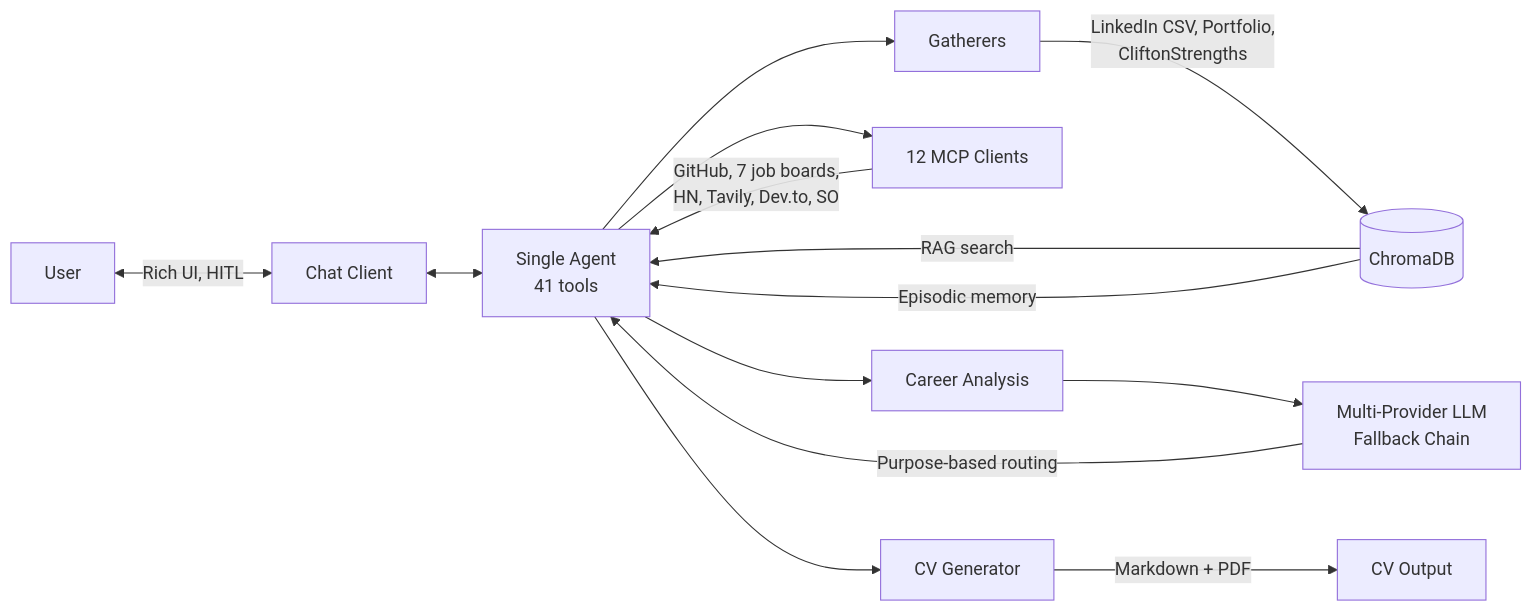
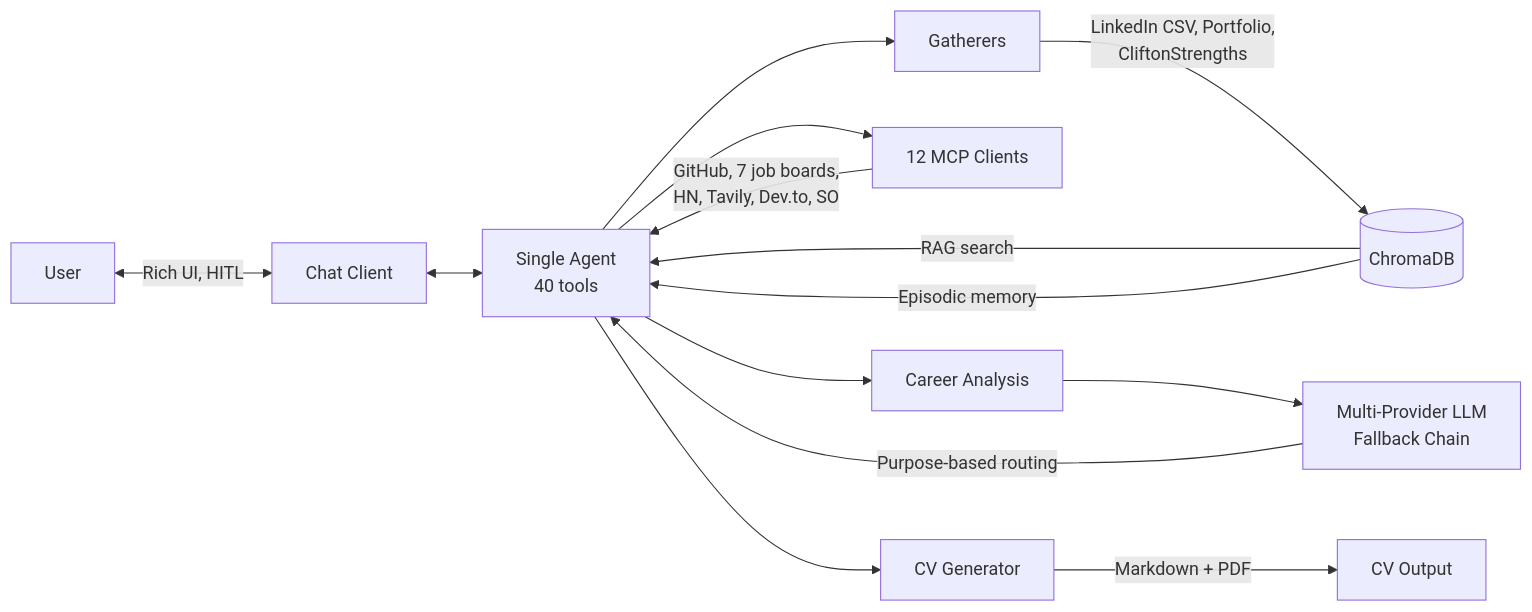
The diagram in README.md (juanmanueldaza/fu7ur3pr00f), drawn with Mermaid before and after one commit. The commit also changed other lines of this file and 4 other files, not shown here.

````diff
--- a/README.md
+++ b/README.md
@@ -28,19 +28,19 @@
 ```mermaid
 graph LR
     User <-->|Rich UI, HITL| Chat[Chat Client]
-    Chat <--> Agent[Single Agent<br/>41 tools]
+    Chat <--> Agent[Single Agent<br/>40 tools]
 
     Agent --> Gather[Gatherers]
     Agent --> MCP[12 MCP Clients]
     Agent --> Analysis[Career Analysis]
     Agent --> Gen[CV Generator]
 
     Gather -->|LinkedIn CSV, Portfolio,<br/>CliftonStrengths| ChromaDB[(ChromaDB)]
     MCP -->|GitHub, 7 job boards,<br/>HN, Tavily, Dev.to, SO| Agent
     Analysis --> LLM[Multi-Provider LLM<br/>Fallback Chain]
     Gen -->|Markdown + PDF| Output[CV Output]
 
     ChromaDB -->|RAG search| Agent
     ChromaDB -->|Episodic memory| Agent
     LLM -->|Purpose-based routing| Agent
 ```
````
